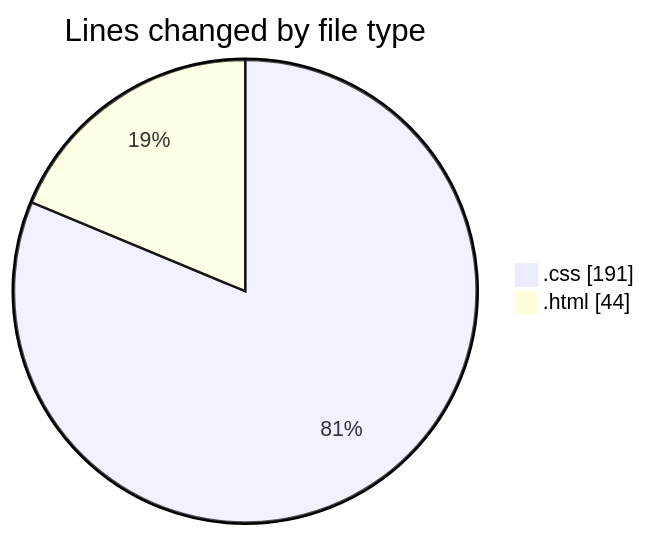
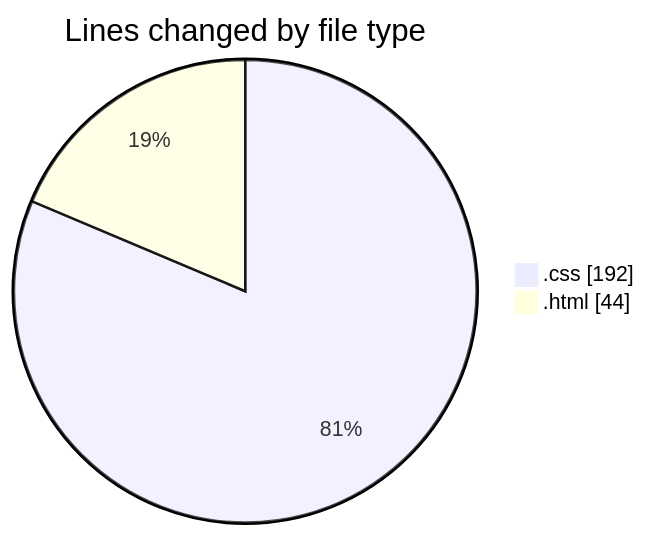
One commit to NitaiMahat/code-tracking changed the first of 2 diagrams in 2025-01-26/results-summary-component-main/README.md. Above: the diagram before and after it, drawn with Mermaid. The commit also changed other lines of this file and 1 other file, not shown here.

````diff
--- a/2025-01-26/results-summary-component-main/README.md
+++ b/2025-01-26/results-summary-component-main/README.md
@@ -21,6 +21,6 @@
 ```mermaid
 pie showData
 title Lines changed by file type
-".css" : 191
+".css" : 192
 ".html" : 44
 ```
````
